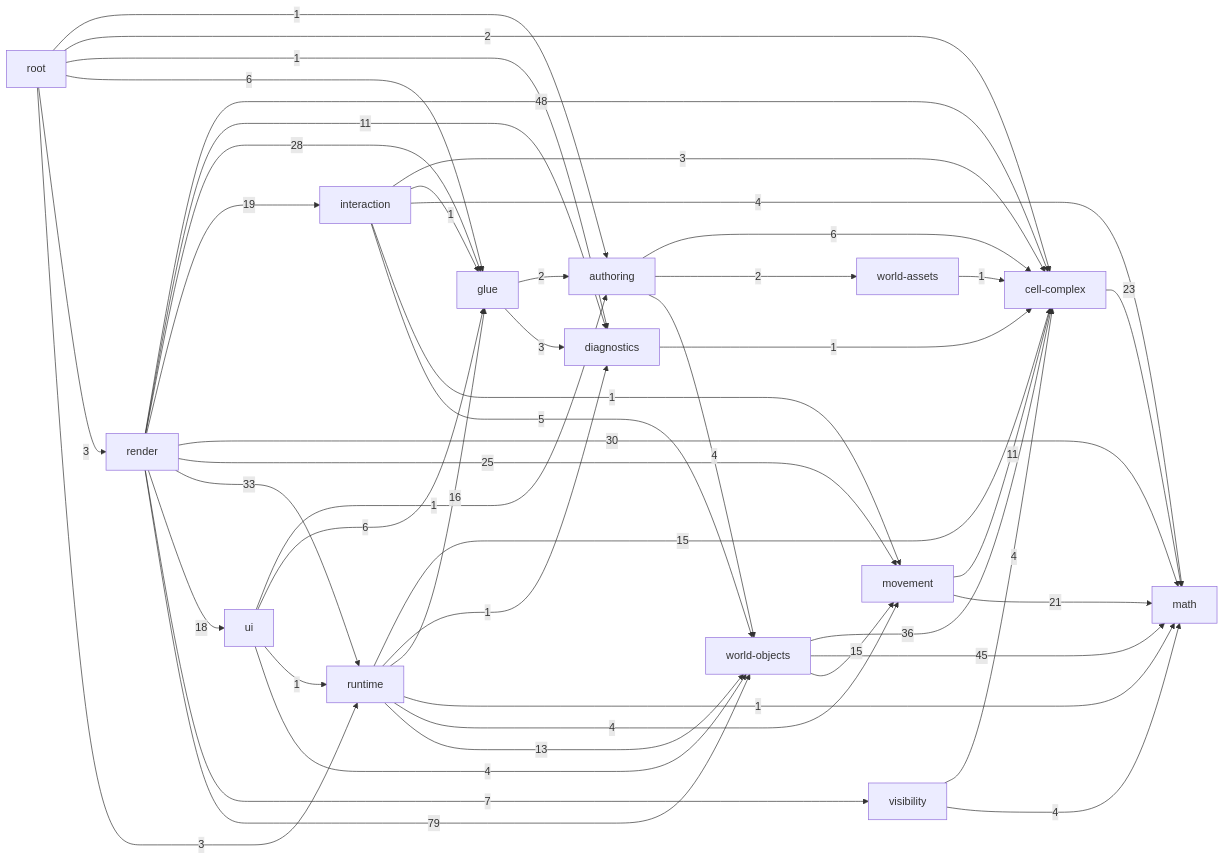
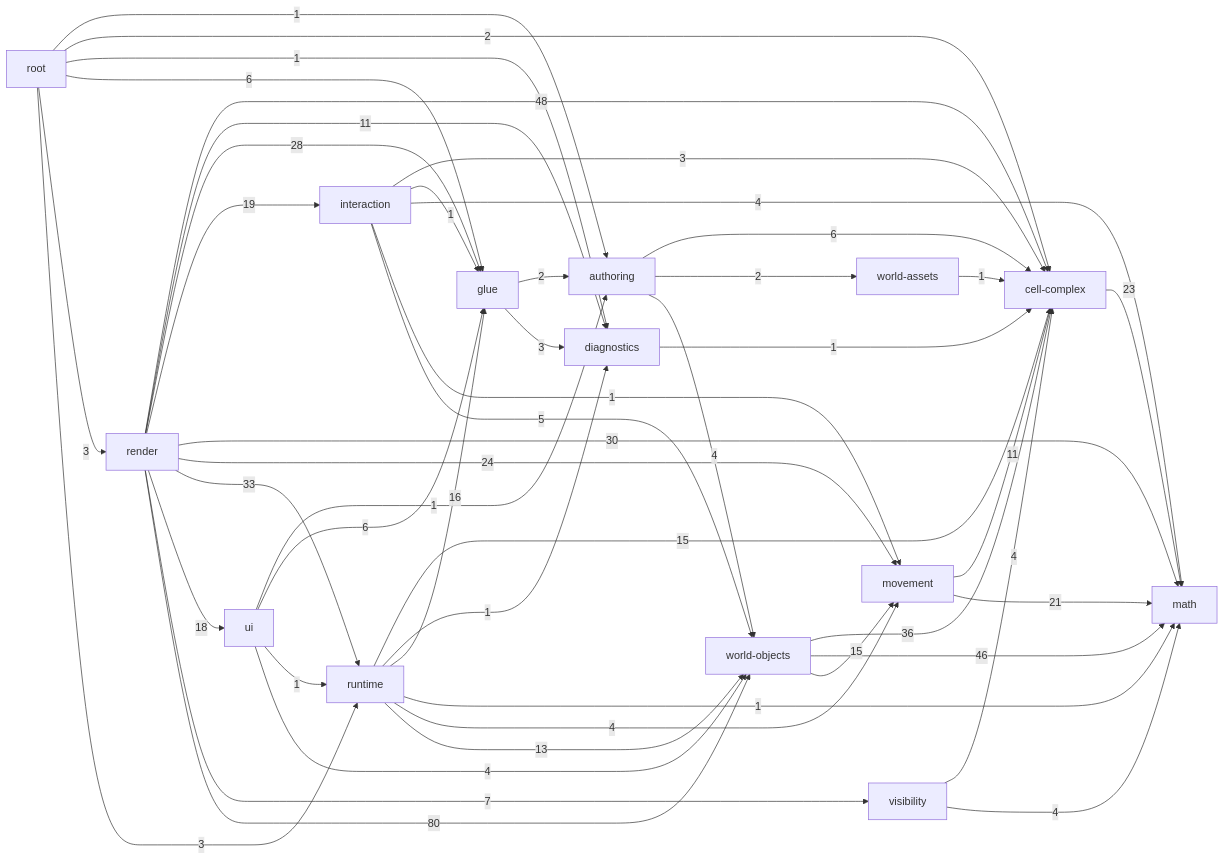
One commit to guraltsev/noneuclid-fpv changed the diagram in _docs/generated/ARCHITECTURE_REFERENCE.md. Above: the diagram before and after it, drawn with Mermaid. The commit also changed other lines of this file and 9 other files, not shown here.

````diff
--- a/_docs/generated/ARCHITECTURE_REFERENCE.md
+++ b/_docs/generated/ARCHITECTURE_REFERENCE.md
@@ -35,63 +35,63 @@
 ```mermaid
 flowchart LR
   math["math"]
   cell_complex["cell-complex"]
   diagnostics["diagnostics"]
   visibility["visibility"]
   movement["movement"]
   world_assets["world-assets"]
   world_objects["world-objects"]
   authoring["authoring"]
   glue["glue"]
   interaction["interaction"]
   runtime["runtime"]
   ui["ui"]
   render["render"]
   root["root"]
   authoring -->|6| cell_complex
   authoring -->|2| world_assets
   authoring -->|4| world_objects
   cell_complex -->|23| math
   diagnostics -->|1| cell_complex
   glue -->|2| authoring
   glue -->|3| diagnostics
   interaction -->|3| cell_complex
   interaction -->|1| glue
   interaction -->|4| math
   interaction -->|1| movement
   interaction -->|5| world_objects
   movement -->|11| cell_complex
   movement -->|21| math
   render -->|48| cell_complex
   render -->|11| diagnostics
   render -->|28| glue
   render -->|19| interaction
   render -->|30| math
-  render -->|25| movement
+  render -->|24| movement
   render -->|33| runtime
   render -->|18| ui
   render -->|7| visibility
-  render -->|79| world_objects
+  render -->|80| world_objects
   root -->|1| authoring
   root -->|2| cell_complex
   root -->|1| diagnostics
   root -->|6| glue
   root -->|3| render
   root -->|3| runtime
   runtime -->|15| cell_complex
   runtime -->|1| diagnostics
   runtime -->|16| glue
   runtime -->|1| math
   runtime -->|4| movement
   runtime -->|13| world_objects
   ui -->|1| authoring
   ui -->|6| glue
   ui -->|1| runtime
   ui -->|4| world_objects
   visibility -->|4| cell_complex
   visibility -->|4| math
   world_assets -->|1| cell_complex
   world_objects -->|36| cell_complex
-  world_objects -->|45| math
+  world_objects -->|46| math
   world_objects -->|15| movement
 ```
````
